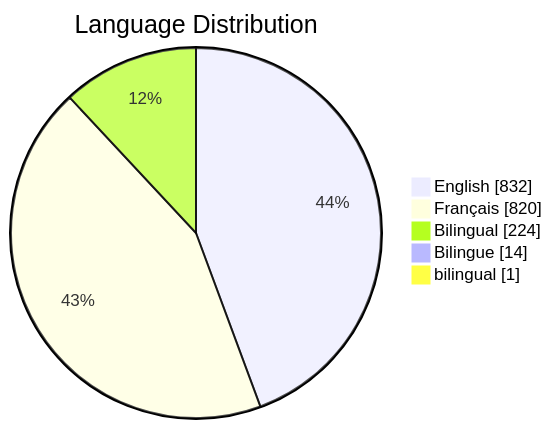
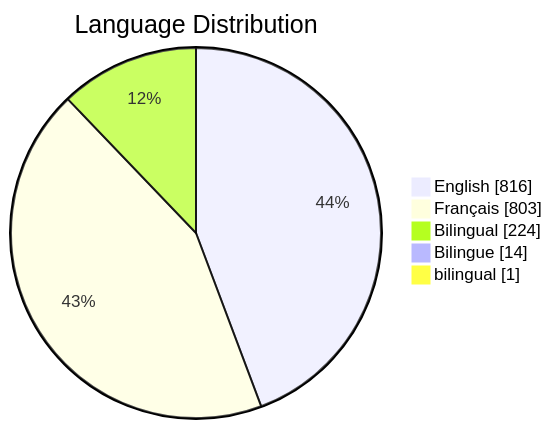
The third of 6 diagrams in README.md (PatLittle/GC-Socials), drawn with Mermaid before and after one commit. The commit also changed other lines of this file, not shown here.

Commit message:
Update README with Platform Distribution pie chart

````diff
--- a/README.md
+++ b/README.md
@@ -66,8 +66,8 @@
 ```mermaid
 pie showData title Language Distribution
-    "English": 832
-    "Français": 820
+    "English": 816
+    "Français": 803
     "Bilingual": 224
     "Bilingue": 14
     "bilingual": 1
 ```
````
